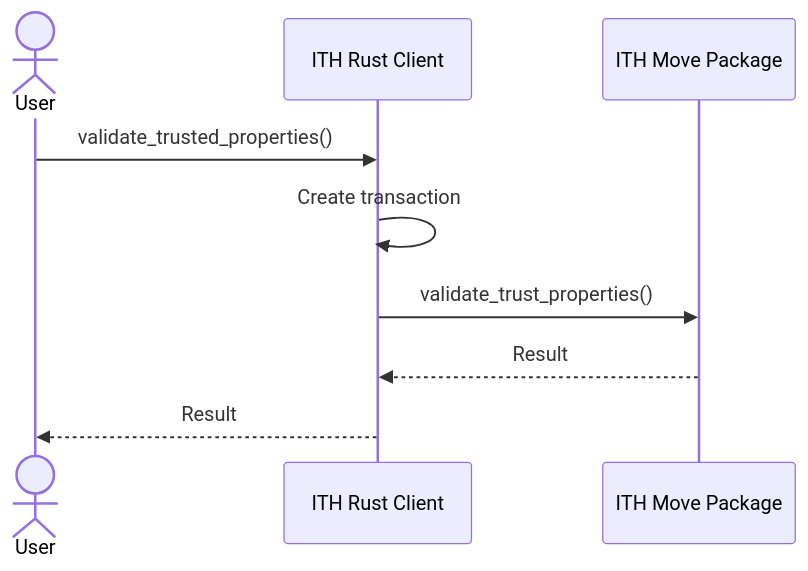
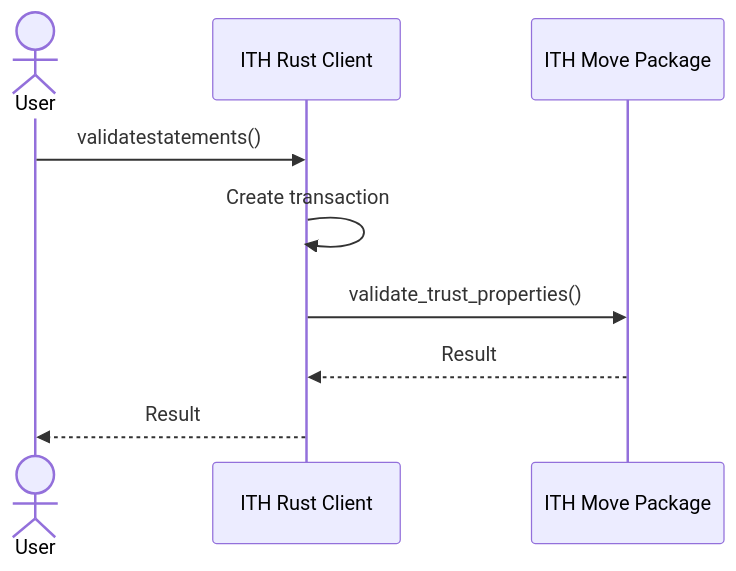
Before and after one commit to iotaledger/hierarchies: the first of 3 diagrams in README.md, drawn with Mermaid. The commit also changed other lines of this file and 32 other files, not shown here.

````diff
--- a/README.md
+++ b/README.md
@@ -217,12 +219,12 @@
 ```mermaid
   sequenceDiagram
       actor User
       participant ITHRustClient as ITH Rust Client
       participant ITHMovePackage as ITH Move Package
 
-      User ->> ITHRustClient: validate_trusted_properties()
+      User ->> ITHRustClient: validatestatements()
       ITHRustClient ->> ITHRustClient: Create transaction
       ITHRustClient ->> ITHMovePackage: validate_trust_properties()
       ITHMovePackage -->> ITHRustClient: Result
       ITHRustClient -->> User: Result
 ```
````
